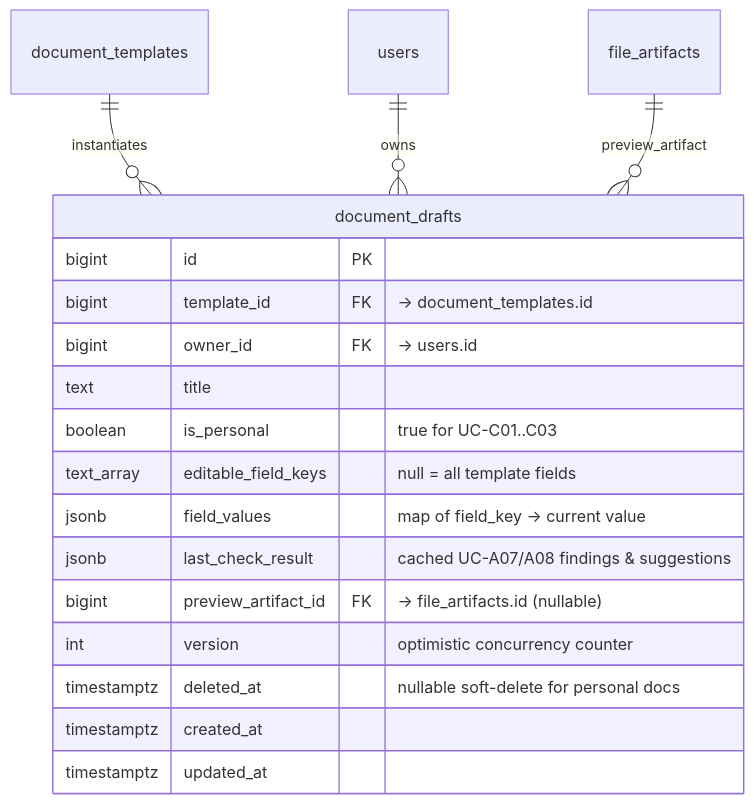
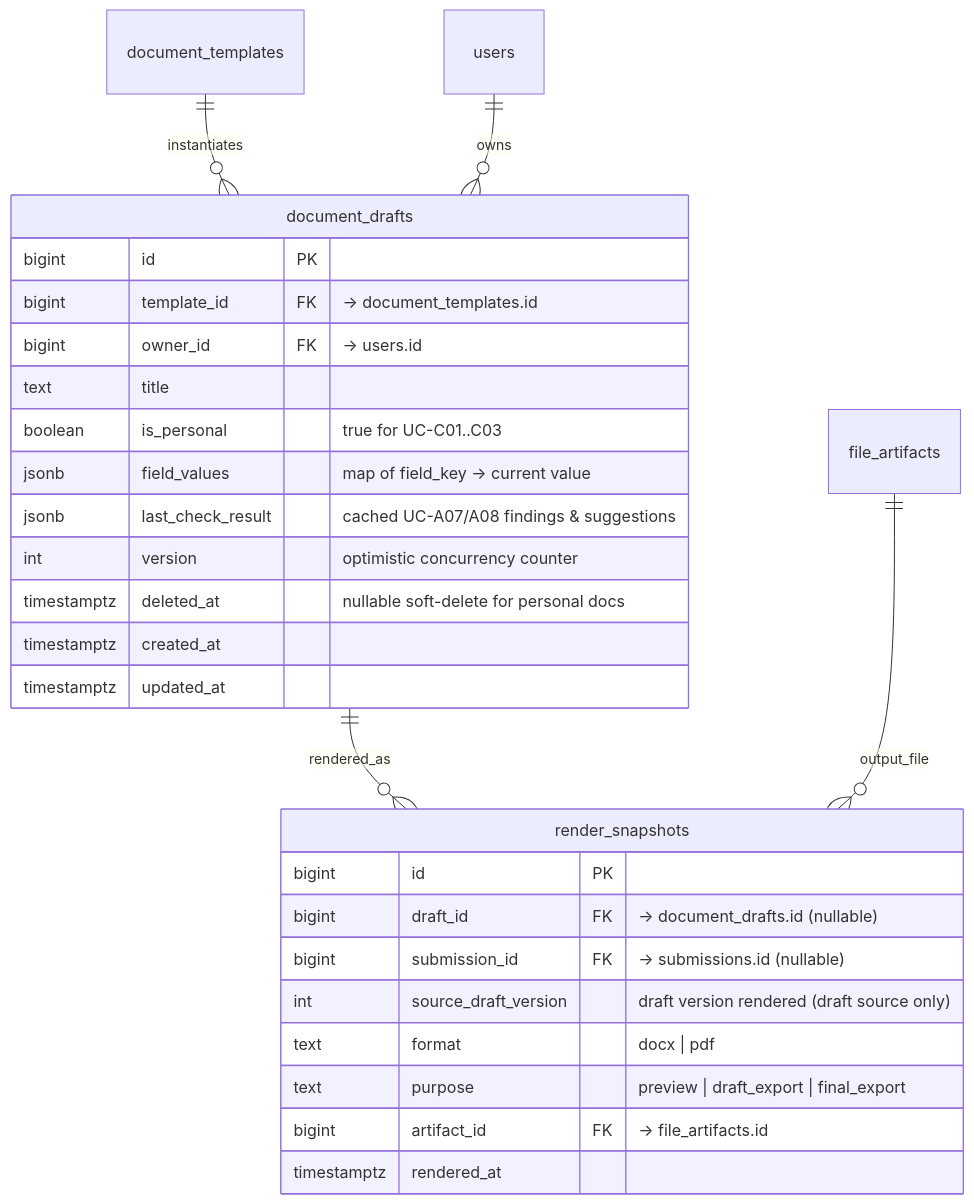
Before and after one commit to buitrong06/CS300-DocumentFromForm: the fifth of 7 diagrams in docs/analysis-and-design/database-overview.md, drawn with Mermaid. The commit also changed other lines of this file and 1 other file, not shown here.

Commit message:
docs(db): resolve ER model integrity, lineage, provenance, and audit event gaps

````diff
--- a/docs/analysis-and-design/database-overview.md
+++ b/docs/analysis-and-design/database-overview.md
@@ -215,22 +222,31 @@
 ```mermaid
 erDiagram
     document_templates ||--o{ document_drafts : "instantiates"
     users ||--o{ document_drafts : "owns"
-    file_artifacts ||--o{ document_drafts : "preview_artifact"
+    document_drafts ||--o{ render_snapshots : "rendered_as"
+    file_artifacts ||--o{ render_snapshots : "output_file"
 
     document_drafts {
         bigint id PK
         bigint template_id FK "-> document_templates.id"
         bigint owner_id FK "-> users.id"
         text title
         boolean is_personal "true for UC-C01..C03"
-        text_array editable_field_keys "null = all template fields"
         jsonb field_values "map of field_key -> current value"
         jsonb last_check_result "cached UC-A07/A08 findings & suggestions"
-        bigint preview_artifact_id FK "-> file_artifacts.id (nullable)"
         int version "optimistic concurrency counter"
         timestamptz deleted_at "nullable soft-delete for personal docs"
         timestamptz created_at
         timestamptz updated_at
     }
+    render_snapshots {
+        bigint id PK
+        bigint draft_id FK "-> document_drafts.id (nullable)"
+        bigint submission_id FK "-> submissions.id (nullable)"
+        int source_draft_version "draft version rendered (draft source only)"
+        text format "docx | pdf"
+        text purpose "preview | draft_export | final_export"
+        bigint artifact_id FK "-> file_artifacts.id"
+        timestamptz rendered_at
+    }
 ```
````
